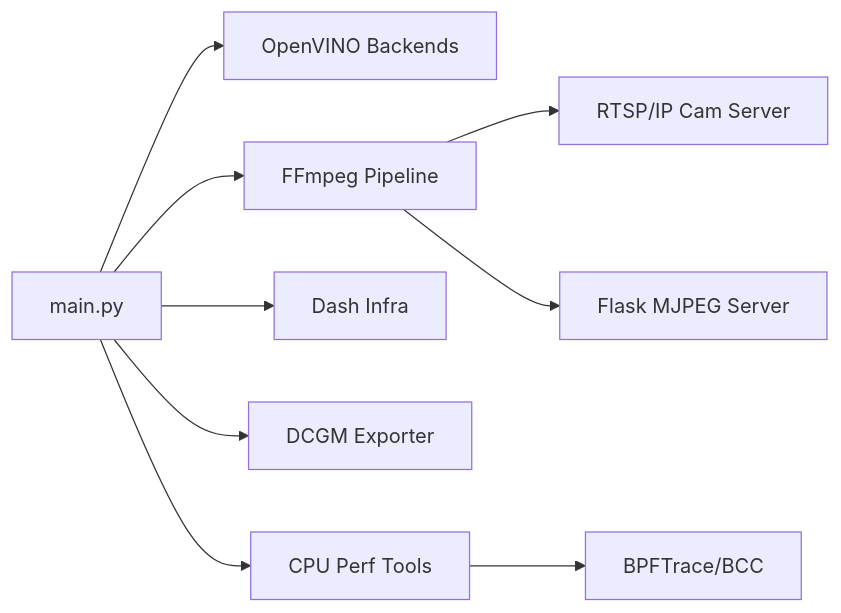
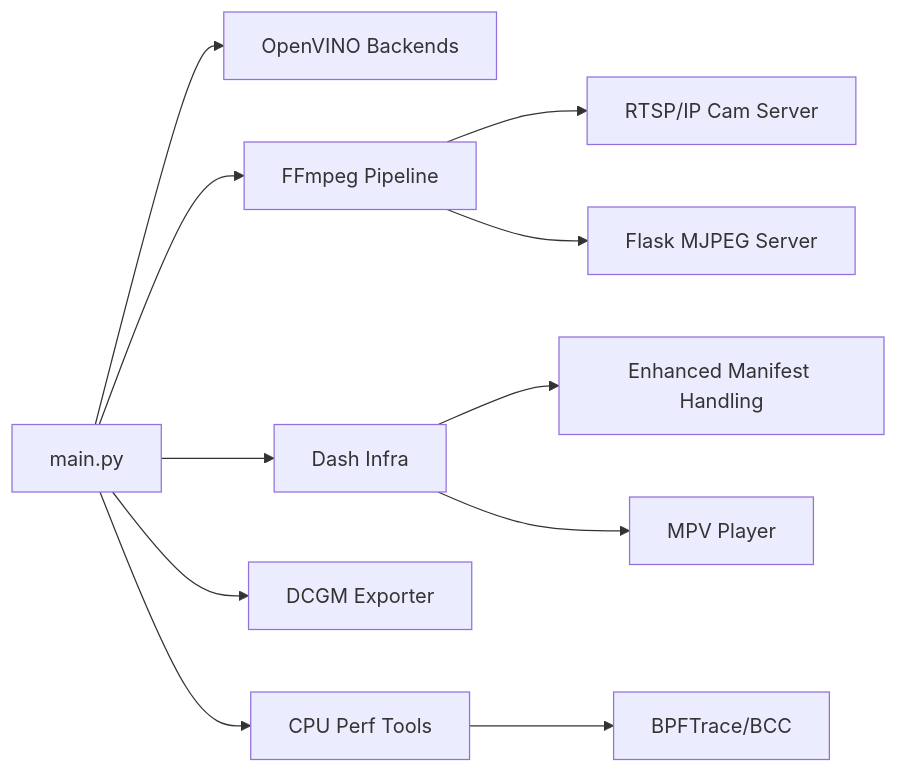
Before and after one commit to Fogus-Gr/MeasurementsDTs: the eighth of 8 diagrams in .qoder/repowiki/en/content/Integration Components/Integration Components.md, drawn with Mermaid. The commit also changed other lines of this file and 11 other files, not shown here.

````diff
--- a/.qoder/repowiki/en/content/Integration Components/Integration Components.md
+++ b/.qoder/repowiki/en/content/Integration Components/Integration Components.md
@@ -372,11 +408,13 @@
 ```mermaid
 graph LR
 M["main.py"] --> OV["OpenVINO Backends"]
 M --> FF["FFmpeg Pipeline"]
 FF --> RS["RTSP/IP Cam Server"]
 FF --> AF["Flask MJPEG Server"]
 M --> DASH["Dash Infra"]
+DASH --> MAN["Enhanced Manifest Handling"]
+DASH --> MPV["MPV Player"]
 M --> DCGM["DCGM Exporter"]
 M --> PERF["CPU Perf Tools"]
 PERF --> BPF["BPFTrace/BCC"]
 ```
````
